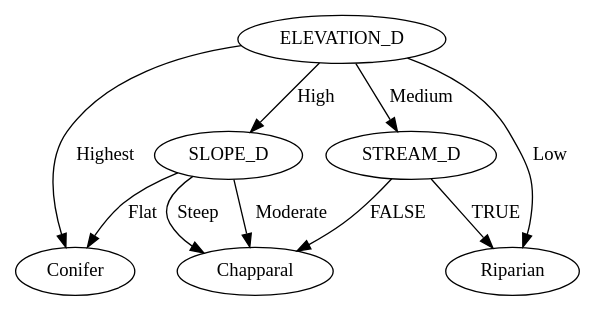
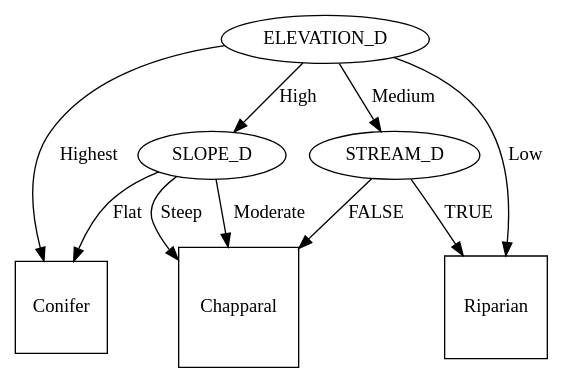
Before and after one commit to MostafaAbdallah/Machine_Learning_Algo_implementation: the diagram in ID3/vegetation.gv, drawn with Graphviz. The commit also changed 7 other files, not shown here.

Commit message:
Handling Continuous Descriptive Features and modify the decision tree drawing

```diff
--- a/ID3/vegetation.gv
+++ b/ID3/vegetation.gv
@@ -1,23 +1,25 @@
-digraph finite_state_machine {
+digraph "Decision Tree of vegetation" {
 	rankdir=TB size="8,5"
 	node [shape=ellipse]
-	ELEVATION_D
-	ELEVATION_D -> SLOPE_D [label=High]
-	ELEVATION_D -> Riparian [label=Low]
-	ELEVATION_D -> STREAM_D [label=Medium]
-	ELEVATION_D -> Conifer [label=Highest]
-	SLOPE_D
-	SLOPE_D -> Chapparal [label=Steep]
-	SLOPE_D -> Chapparal [label=Moderate]
-	SLOPE_D -> Conifer [label=Flat]
-	Riparian
-	STREAM_D
-	STREAM_D -> Chapparal [label=FALSE]
-	STREAM_D -> Riparian [label=TRUE]
-	Conifer
-	Chapparal
-	Chapparal
-	Conifer
-	Chapparal
-	Riparian
+	0 [label=ELEVATION_D]
+	1 [label=SLOPE_D]
+	0 -> 1 [label=High]
+	1 [label=SLOPE_D]
+	Chapparal [shape=square]
+	1 -> Chapparal [label=Steep]
+	Chapparal [shape=square]
+	1 -> Chapparal [label=Moderate]
+	Conifer [shape=square]
+	1 -> Conifer [label=Flat]
+	Riparian [shape=square]
+	0 -> Riparian [label=Low]
+	11 [label=STREAM_D]
+	0 -> 11 [label=Medium]
+	11 [label=STREAM_D]
+	Chapparal [shape=square]
+	11 -> Chapparal [label=FALSE]
+	Riparian [shape=square]
+	11 -> Riparian [label=TRUE]
+	Conifer [shape=square]
+	0 -> Conifer [label=Highest]
 }
```
